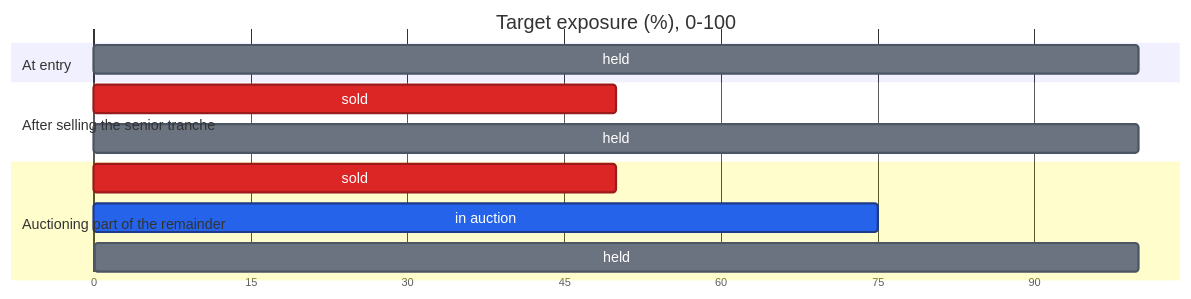
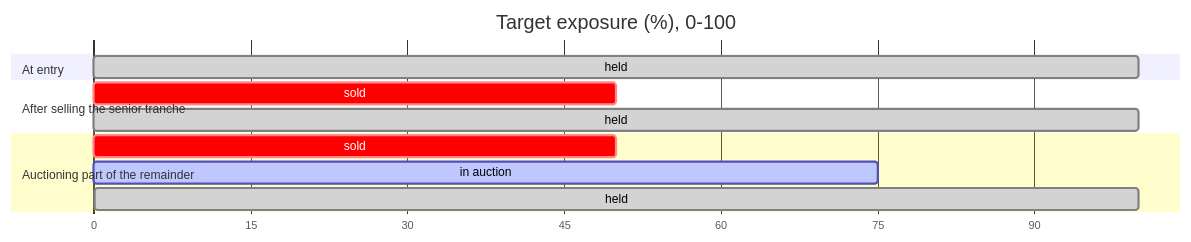
The second of 3 diagrams in docs-site/docs/mental-model-1.md (matzayonc/aging), drawn with Mermaid before and after one commit. The commit also changed other lines of this file and 3 other files, not shown here.

First line of the commit message:
Add diagrams across the docs, styled from the global Mermaid config

````diff
--- a/docs-site/docs/mental-model-1.md
+++ b/docs-site/docs/mental-model-1.md
@@ -78,19 +87,18 @@
 ```mermaid
-%%{init: {'gantt': {'barHeight': 26, 'barGap': 10, 'topPadding': 40, 'fontSize': 13, 'sectionFontSize': 13}, 'themeVariables': {'doneTaskBkgColor': '#6b7280', 'doneTaskBorderColor': '#4b5563', 'activeTaskBkgColor': '#2563eb', 'activeTaskBorderColor': '#1e3a8a', 'critBkgColor': '#dc2626', 'critBorderColor': '#991b1b', 'taskTextColor': '#ffffff', 'taskTextOutsideColor': '#ffffff', 'taskTextLightColor': '#ffffff', 'taskTextDarkColor': '#ffffff'}} }%%
 gantt
     title Target exposure (%), 0-100
     dateFormat X
     axisFormat %s
 
     section At entry
     held           :done, 0, 100
 
     section After selling the senior tranche
     sold           :crit, 0, 50
     held           :done, 50, 100
 
     section Auctioning part of the remainder
     sold           :crit, 0, 50
     in auction     :active, 50, 75
     held           :done, 75, 100
 ```
````
